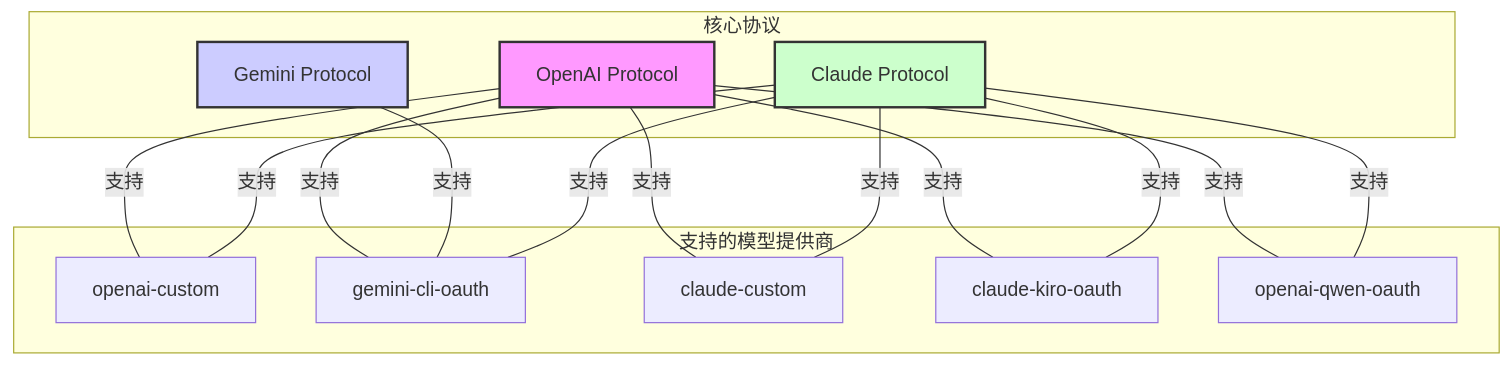
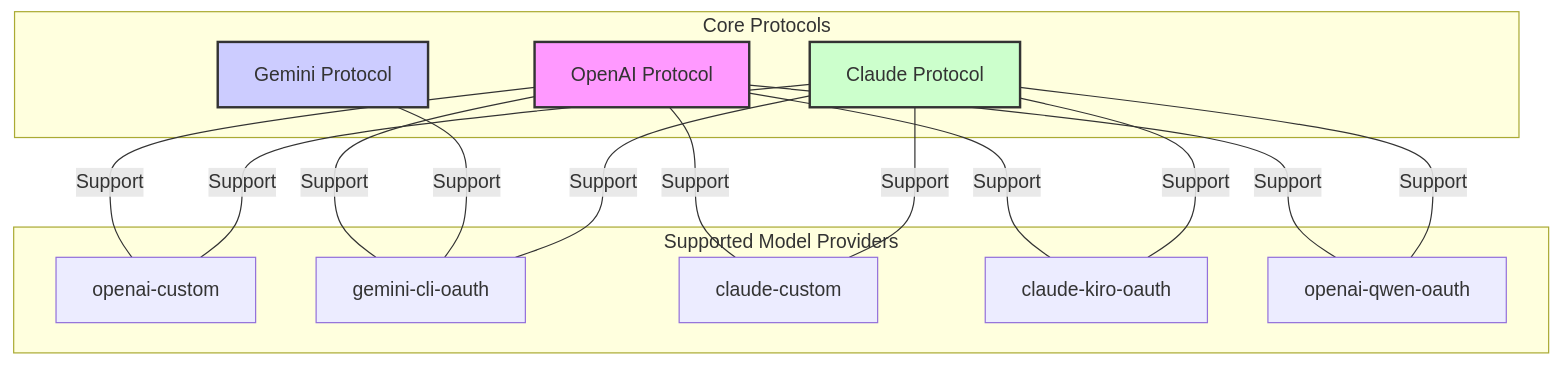
The diagram in README.md (justlovemaki/AIClient-2-API), drawn with Mermaid before and after one commit. The commit also changed other lines of this file and 4 other files, not shown here.

````diff
--- a/README.md
+++ b/README.md
@@ -95,36 +93,36 @@
   ```mermaid
-  
+   
    graph TD
-       subgraph Core_Protocols["核心协议"]
+       subgraph Core_Protocols["Core Protocols"]
            P_OPENAI[OpenAI Protocol]
            P_GEMINI[Gemini Protocol]
            P_CLAUDE[Claude Protocol]
        end
    
-       subgraph Supported_Model_Providers["支持的模型提供商"]
+       subgraph Supported_Model_Providers["Supported Model Providers"]
            MP_OPENAI[openai-custom]
            MP_GEMINI[gemini-cli-oauth]
            MP_CLAUDE_C[claude-custom]
            MP_CLAUDE_K[claude-kiro-oauth]
            MP_QWEN[openai-qwen-oauth]
        end
    
-       P_OPENAI ---|支持| MP_OPENAI
-       P_OPENAI ---|支持| MP_QWEN
-       P_OPENAI ---|支持| MP_GEMINI
-       P_OPENAI ---|支持| MP_CLAUDE_C
-       P_OPENAI ---|支持| MP_CLAUDE_K
+       P_OPENAI ---|Support| MP_OPENAI
+       P_OPENAI ---|Support| MP_QWEN
+       P_OPENAI ---|Support| MP_GEMINI
+       P_OPENAI ---|Support| MP_CLAUDE_C
+       P_OPENAI ---|Support| MP_CLAUDE_K
    
-       P_GEMINI ---|支持| MP_GEMINI
+       P_GEMINI ---|Support| MP_GEMINI
    
-       P_CLAUDE ---|支持| MP_CLAUDE_C
-       P_CLAUDE ---|支持| MP_CLAUDE_K
-       P_CLAUDE ---|支持| MP_GEMINI
-       P_CLAUDE ---|支持| MP_OPENAI
-       P_CLAUDE ---|支持| MP_QWEN
+       P_CLAUDE ---|Support| MP_CLAUDE_C
+       P_CLAUDE ---|Support| MP_CLAUDE_K
+       P_CLAUDE ---|Support| MP_GEMINI
+       P_CLAUDE ---|Support| MP_OPENAI
+       P_CLAUDE ---|Support| MP_QWEN
    
        style P_OPENAI fill:#f9f,stroke:#333,stroke-width:2px
        style P_GEMINI fill:#ccf,stroke:#333,stroke-width:2px
        style P_CLAUDE fill:#cfc,stroke:#333,stroke-width:2px
 
-  ```
+   ```
````
